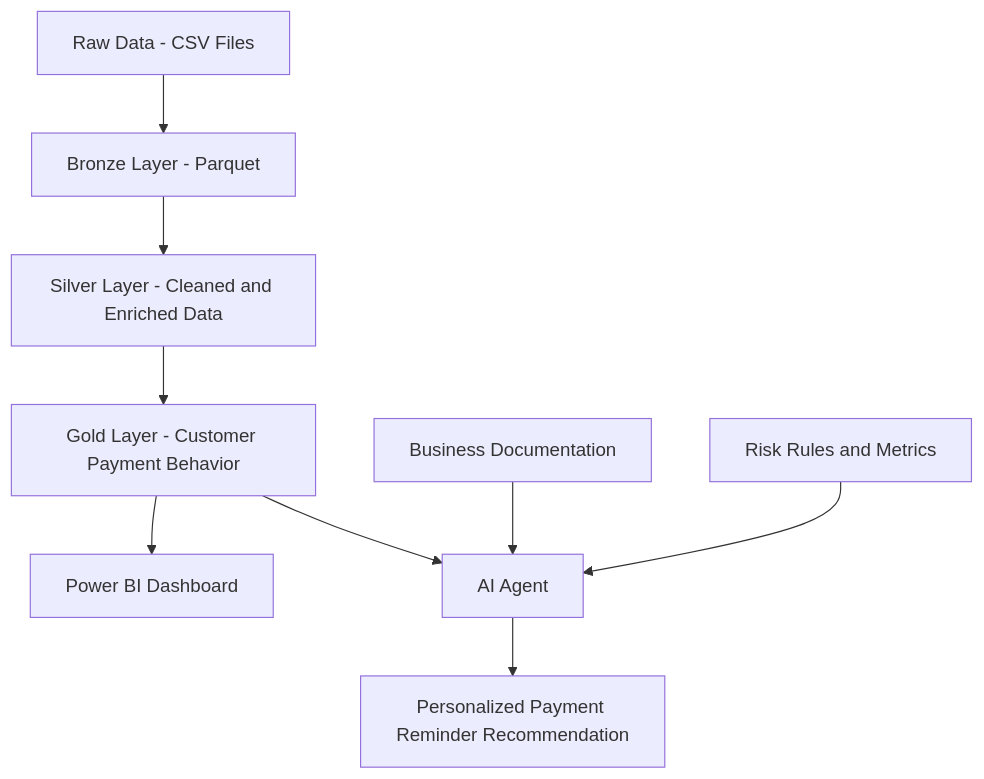
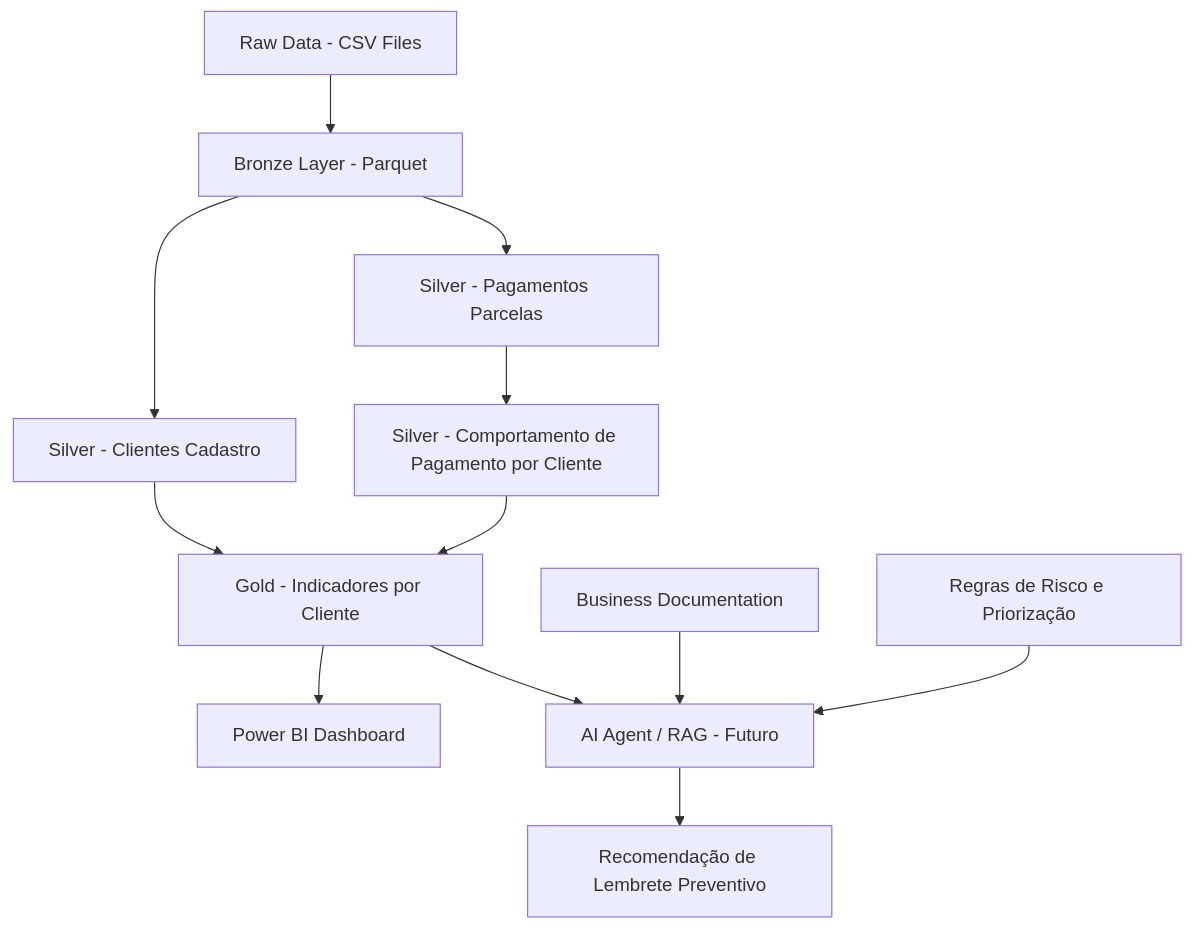
The diagram in README.md (mialq/ai-powered-payment-reminder-platform), drawn with Mermaid before and after one commit. The commit also changed other lines of this file, not shown here.

````diff
--- a/README.md
+++ b/README.md
@@ -60,11 +91,14 @@
 ```mermaid
 flowchart TD
     A[Raw Data - CSV Files] --> B[Bronze Layer - Parquet]
-    B --> C[Silver Layer - Cleaned and Enriched Data]
-    C --> D[Gold Layer - Customer Payment Behavior]
+    B --> C1[Silver - Pagamentos Parcelas]
+    B --> C2[Silver - Clientes Cadastro]
+    C1 --> C3[Silver - Comportamento de Pagamento por Cliente]
+    C2 --> D[Gold - Indicadores por Cliente]
+    C3 --> D
     D --> E[Power BI Dashboard]
-    D --> F[AI Agent]
+    D --> F[AI Agent / RAG - Futuro]
     G[Business Documentation] --> F
-    H[Risk Rules and Metrics] --> F
-    F --> I[Personalized Payment Reminder Recommendation]
+    H[Regras de Risco e Priorização] --> F
+    F --> I[Recomendação de Lembrete Preventivo]
 ```
````
